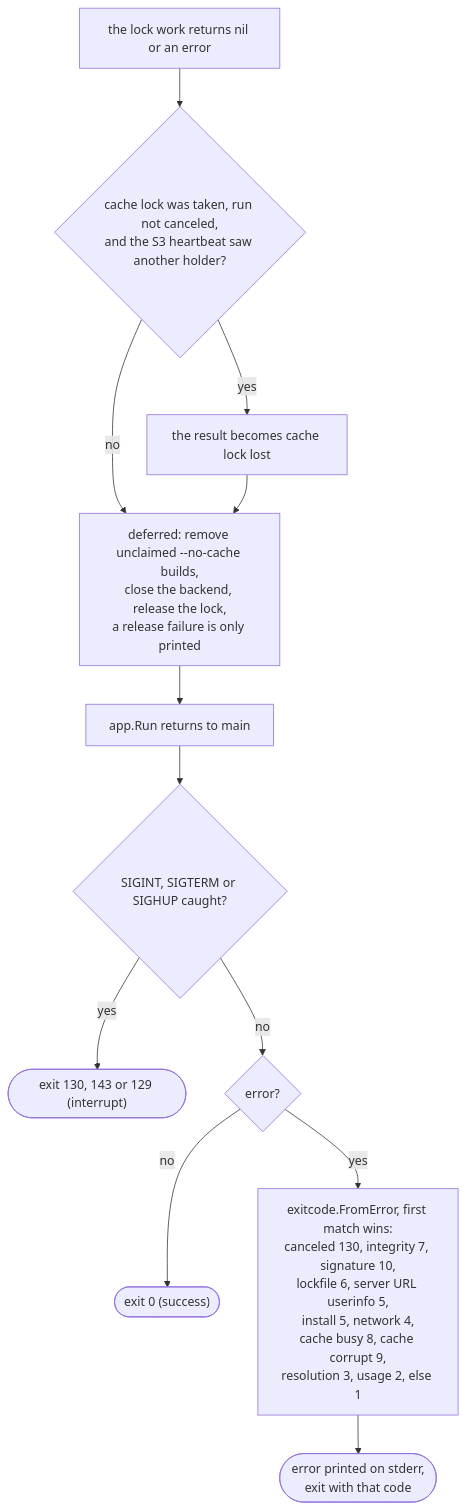
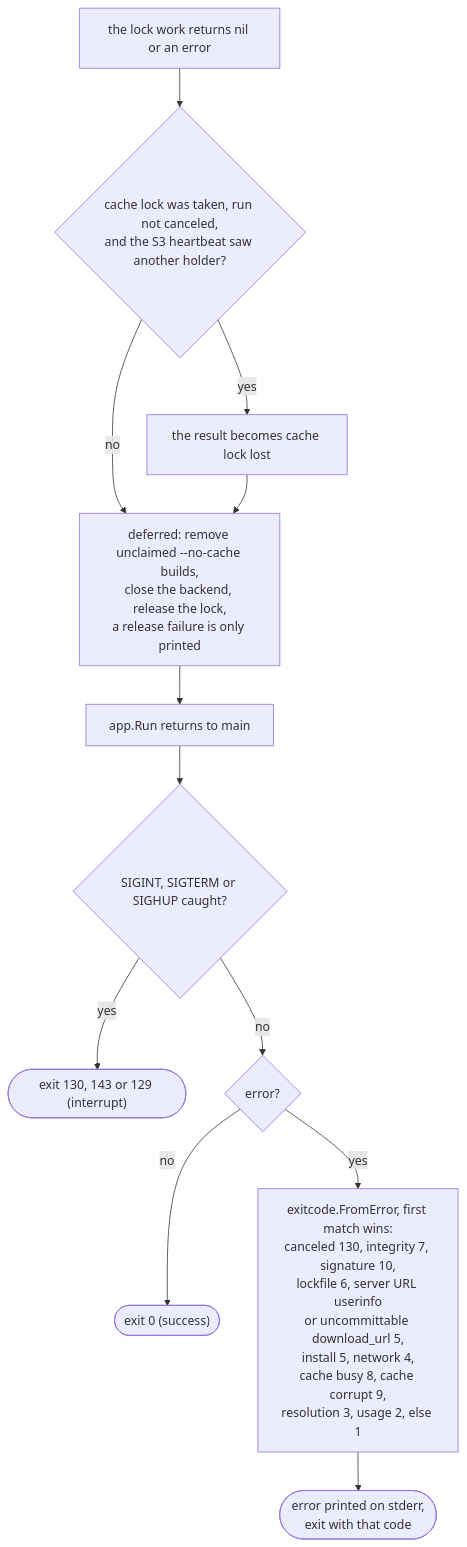
Diagram 24 of 49 in docs/commands.md (greeddj/go-galaxy), drawn with Mermaid before and after one commit. The commit also changed other lines of this file and 2 other files, not shown here.

````diff
--- a/docs/commands.md
+++ b/docs/commands.md
@@ -1268,14 +1270,14 @@
 ```mermaid
 flowchart TD
     A["the lock work returns nil or an error"] --> B{"cache lock was taken, run not canceled,<br/>and the S3 heartbeat saw another holder?"}
     B -->|"yes"| C["the result becomes cache lock lost"]
     B -->|"no"| D
     C --> D["deferred: remove unclaimed --no-cache builds,<br/>close the backend, release the lock,<br/>a release failure is only printed"]
     D --> E["app.Run returns to main"]
     E --> F{"SIGINT, SIGTERM or SIGHUP caught?"}
     F -->|"yes"| XS(["exit 130, 143 or 129 (interrupt)"])
     F -->|"no"| G{"error?"}
     G -->|"no"| X0(["exit 0 (success)"])
-    G -->|"yes"| H["exitcode.FromError, first match wins:<br/>canceled 130, integrity 7, signature 10,<br/>lockfile 6, server URL userinfo 5,<br/>install 5, network 4,<br/>cache busy 8, cache corrupt 9,<br/>resolution 3, usage 2, else 1"]
+    G -->|"yes"| H["exitcode.FromError, first match wins:<br/>canceled 130, integrity 7, signature 10,<br/>lockfile 6, server URL userinfo<br/>or uncommittable download_url 5,<br/>install 5, network 4,<br/>cache busy 8, cache corrupt 9,<br/>resolution 3, usage 2, else 1"]
     H --> XE(["error printed on stderr,<br/>exit with that code"])
 ```
````
